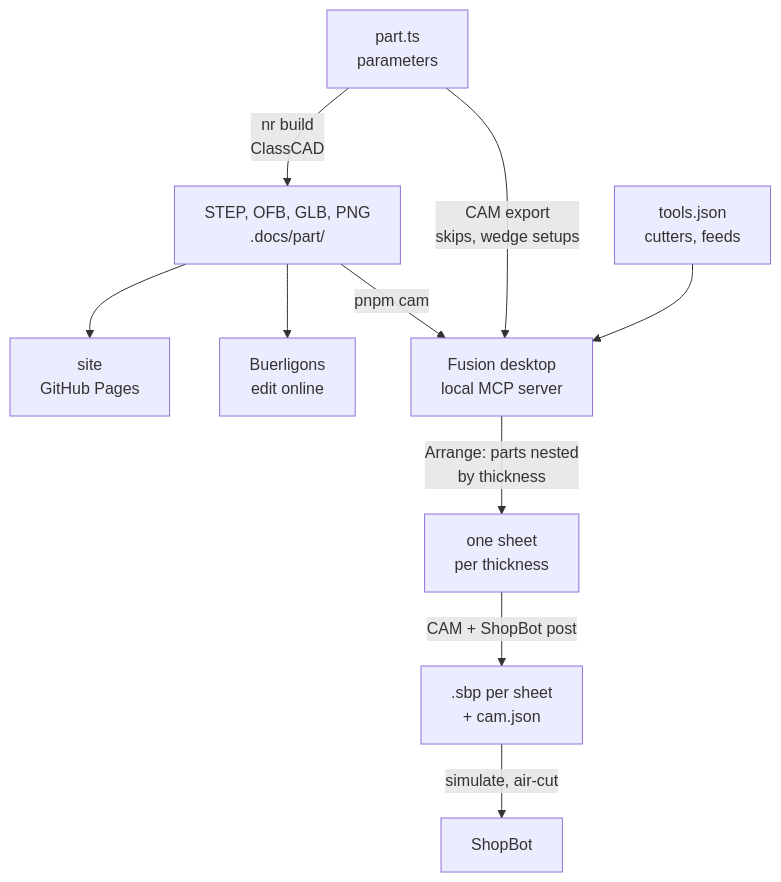
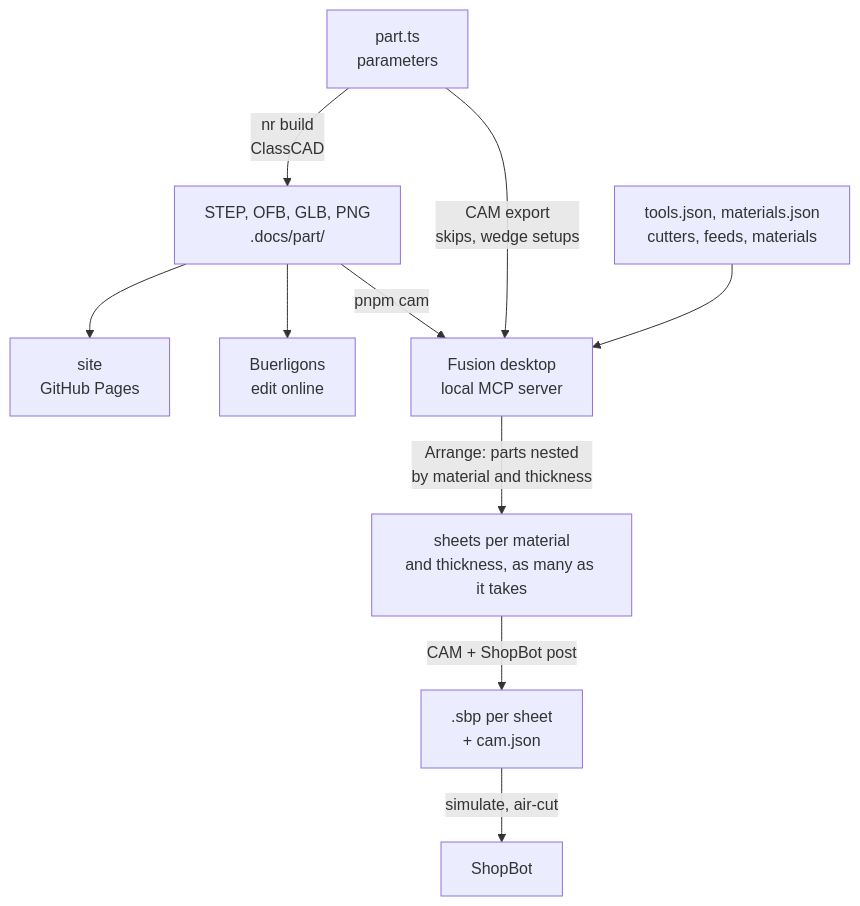
The diagram in README.md (abernier/integral), drawn with Mermaid before and after one commit. The commit also changed other lines of this file and 13 other files, not shown here.

````diff
--- a/README.md
+++ b/README.md
@@ -52,12 +52,12 @@
 ```mermaid
 flowchart TD
   ts["part.ts<br/>parameters"] -->|nr build<br/>ClassCAD| out["STEP, OFB, GLB, PNG<br/>.docs/part/"]
   out --> site["site<br/>GitHub Pages"]
   out --> bl["Buerligons<br/>edit online"]
   out -->|pnpm cam| fusion["Fusion desktop<br/>local MCP server"]
   ts -->|CAM export<br/>skips, wedge setups| fusion
-  tools["tools.json<br/>cutters, feeds"] --> fusion
-  fusion -->|Arrange: parts nested<br/>by thickness| sheets["one sheet<br/>per thickness"]
+  tools["tools.json, materials.json<br/>cutters, feeds, materials"] --> fusion
+  fusion -->|Arrange: parts nested<br/>by material and thickness| sheets["sheets per material<br/>and thickness, as many as it takes"]
   sheets -->|CAM + ShopBot post| sbp[".sbp per sheet<br/>+ cam.json"]
   sbp -->|simulate, air-cut| shopbot["ShopBot"]
 ```
````
